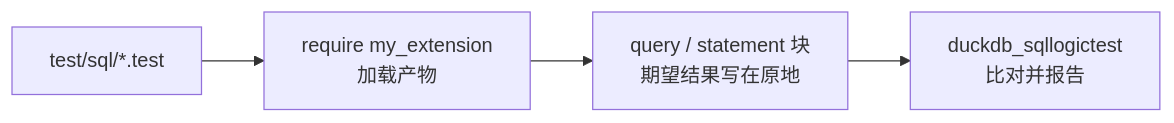
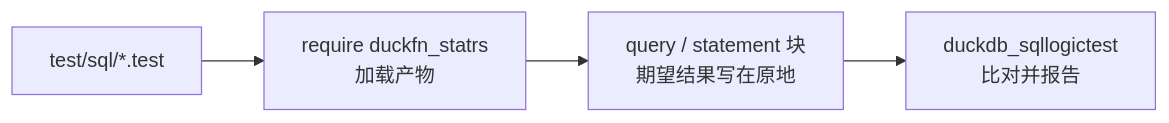
One commit to shijianjs/duckfn-statrs changed the diagram in docs/i18n/zh-Hans/docusaurus-plugin-content-docs/current/guide/testing.md. Above: the diagram before and after it, drawn with Mermaid. The commit also changed other lines of this file and 44 other files, not shown here.

First line of the commit message:
feat(extension): 将 statrs 统计库封装为 DuckDB 扩展

````diff
--- a/docs/i18n/zh-Hans/docusaurus-plugin-content-docs/current/guide/testing.md
+++ b/docs/i18n/zh-Hans/docusaurus-plugin-content-docs/current/guide/testing.md
@@ -23,6 +23,6 @@
 ```mermaid
 flowchart LR
-    file["test/sql/*.test"] --> req["require my_extension<br/>加载产物"]
+    file["test/sql/*.test"] --> req["require duckfn_statrs<br/>加载产物"]
     req --> blocks["query / statement 块<br/>期望结果写在原地"]
     blocks --> runner["duckdb_sqllogictest<br/>比对并报告"]
 ```
````
